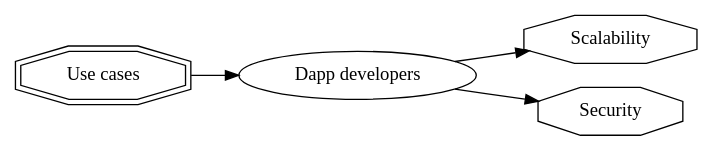
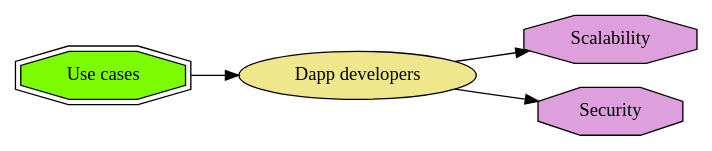
The ninth of 13 diagrams in Ethereum1x_definition.md (ledgerwatch/eth_state), drawn with Graphviz before and after one commit. The commit also changed other lines of this file, not shown here.

````diff
--- a/Ethereum1x_definition.md
+++ b/Ethereum1x_definition.md
@@ -122,12 +121,12 @@
 ```graphviz
 digraph dapp_devs {
 rankdir=LR;
-dapp_devs [label="Dapp developers"];
-use_cases [label="Use cases" shape="doubleoctagon"];
+dapp_devs [label="Dapp developers" style=filled fillcolor=khaki];
+use_cases [label="Use cases" shape=doubleoctagon style=filled fillcolor=lawngreen];
 use_cases -> dapp_devs;
-scalability [label="Scalability" shape="octagon"];
-security [label="Security" shape="octagon"];
+scalability [label="Scalability" shape=octagon style=filled fillcolor=plum];
+security [label="Security" shape=octagon style=filled fillcolor=plum];
 dapp_devs -> scalability;
 dapp_devs -> security;
 }
 ```
````
